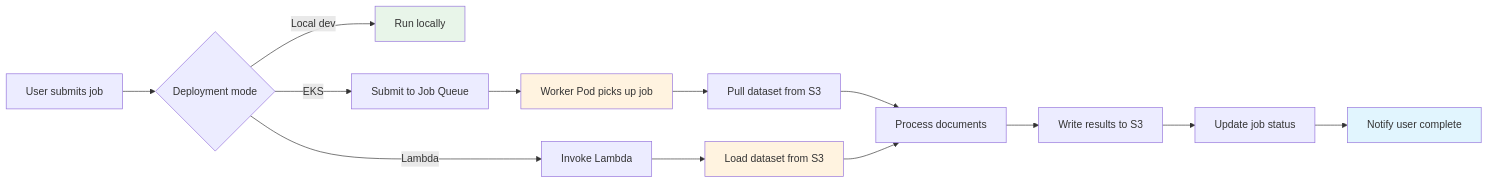
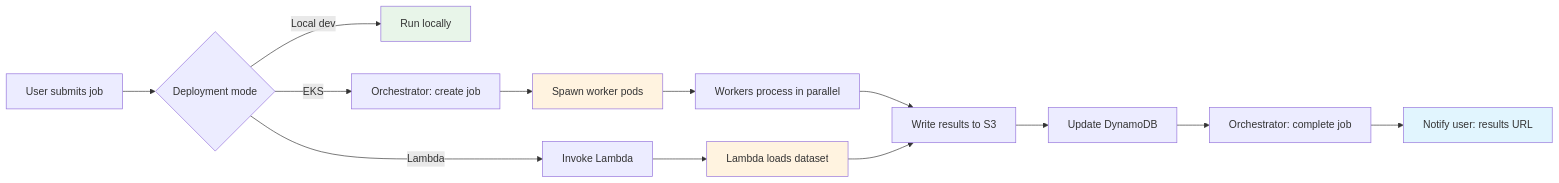
Before and after one commit to anguyenbus/eval-harness: the third of 6 diagrams in docs/design/002-data-flow-detailed.md, drawn with Mermaid. The commit also changed other lines of this file and 4 other files, not shown here.

````diff
--- a/docs/design/002-data-flow-detailed.md
+++ b/docs/design/002-data-flow-detailed.md
@@ -174,23 +203,23 @@
 ```mermaid
 flowchart LR
     A[User submits job] --> B{Deployment mode}
     B -->|Local dev| C[Run locally]
-    B -->|EKS| D[Submit to Job Queue]
+    B -->|EKS| D[Orchestrator: create job]
     B -->|Lambda| E[Invoke Lambda]
 
-    D --> F[Worker Pod picks up job]
-    F --> G[Pull dataset from S3]
-    G --> H[Process documents]
+    D --> F[Spawn worker pods]
+    F --> G[Workers process in parallel]
+    G --> H[Write results to S3]
 
-    E --> I[Load dataset from S3]
+    E --> I[Lambda loads dataset]
     I --> H
 
-    H --> J[Write results to S3]
-    J --> K[Update job status]
-    K --> L[Notify user complete]
+    H --> J[Update DynamoDB]
+    J --> K[Orchestrator: complete job]
+    K --> L[Notify user: results URL]
 
     style C fill:#e8f5e9
     style F fill:#fff3e0
     style I fill:#fff3e0
     style L fill:#e1f5fe
 ```
````
